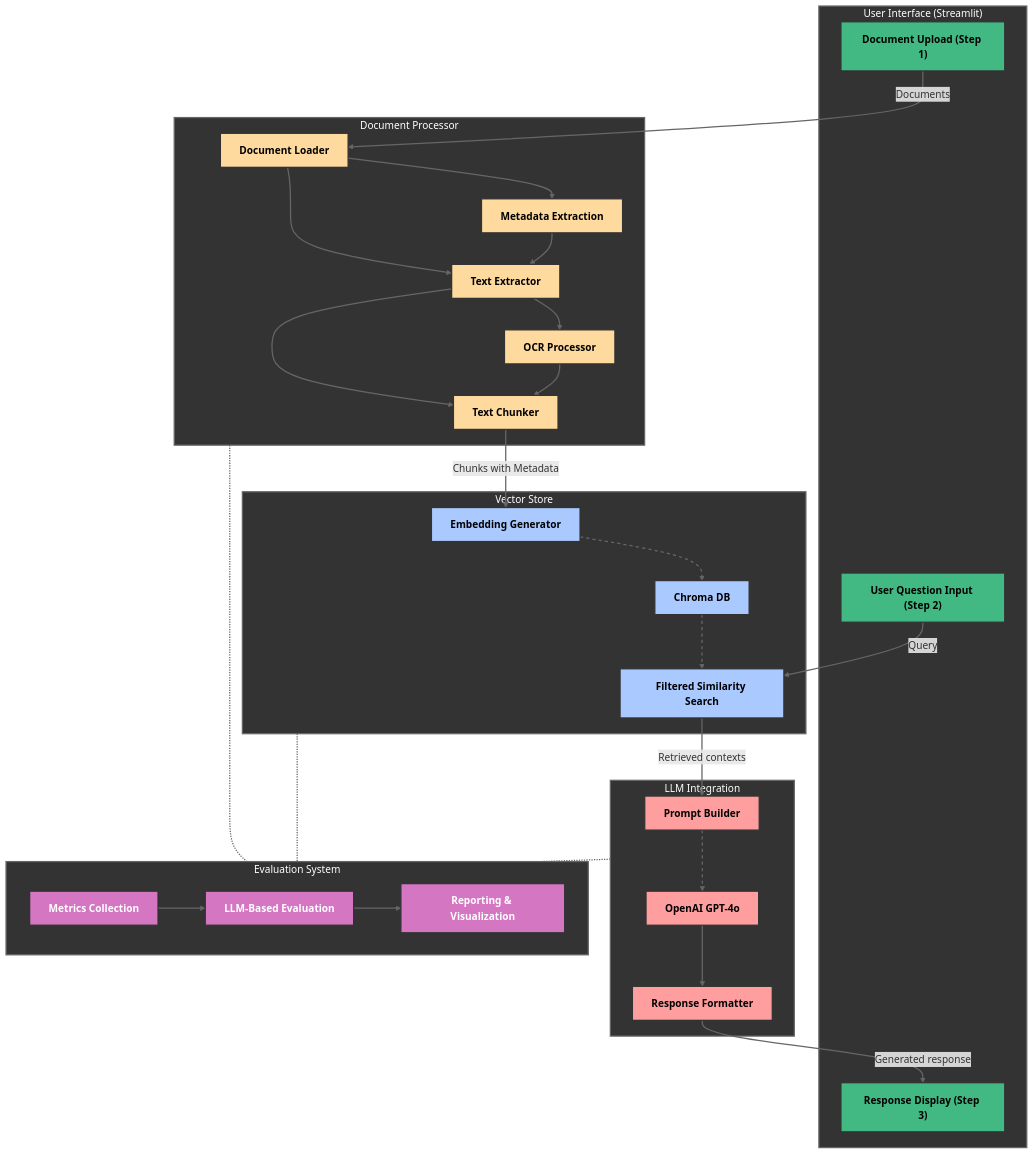
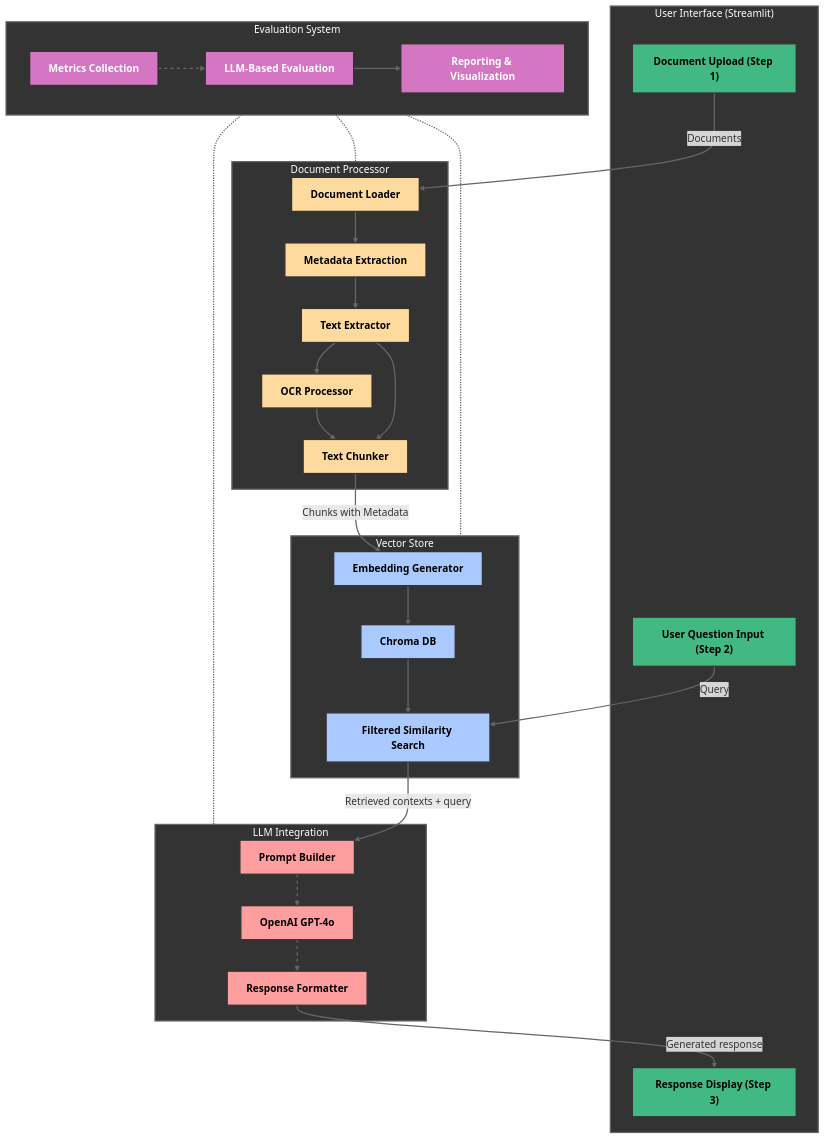
The diagram in README.md (mdwaquarahmad/fortune500-rag), drawn with Mermaid before and after one commit.

Commit message:
Documentation

````diff
--- a/README.md
+++ b/README.md
@@ -36,72 +36,73 @@
 ```mermaid
 flowchart TD
     %% User Interface Component
     subgraph UI["User Interface (Streamlit)"]
         style UI fill:#333333,stroke:#666666,stroke-width:2px,color:white
         A1["Document Upload (Step 1)"]
         A2["User Question Input (Step 2)"]
         A3["Response Display (Step 3)"]
     end
     
     %% Document Processor Component
     subgraph DP["Document Processor"]
         style DP fill:#333333,stroke:#666666,stroke-width:2px,color:white
-        B1["Document Loader"] --> B2["Text Extractor"]
+        B1["Document Loader"] --> B5["Metadata Extraction"]
+        B5 --> B2["Text Extractor"]
         B2 --> B3["OCR Processor"]
         B2 --> B4["Text Chunker"]
         B3 --> B4
-        B1 --> B5["Metadata Extraction"]
-        B5 --> B2
     end
     
     %% Vector Store Component
     subgraph VS["Vector Store"]
         style VS fill:#333333,stroke:#666666,stroke-width:2px,color:white
-        C1["Embedding Generator"] --> C2["Chroma DB"]
-        C2 --> C3["Filtered Similarity Search"]
+        C1["Embedding Generator"] ==> C2["Chroma DB"]
+        C2 ==> C3["Filtered Similarity Search"]
     end
     
     %% LLM Integration Component
     subgraph LLM["LLM Integration"]
         style LLM fill:#333333,stroke:#666666,stroke-width:2px,color:white
-        D1["Prompt Builder"] --> D2["OpenAI GPT-4o"]
+        D1["Prompt Builder"] ==> D2["OpenAI GPT-4o"]
         D2 --> D3["Response Formatter"]
     end
     
     %% Evaluation System Component
     subgraph EVAL["Evaluation System"]
         style EVAL fill:#333333,stroke:#666666,stroke-width:2px,color:white
         E1["Metrics Collection"] --> E2["LLM-Based Evaluation"]
         E2 --> E3["Reporting & Visualization"]
     end
     
     %% Main Data Flow Connections - Solid Lines
     A1 -- "Documents" --> B1
     B4 -- "Chunks with Metadata" --> C1
     A2 -- "Query" --> C3
-    C3 -- "Retrieved contexts" --> D1
+    C3 -- "Retrieved contexts + query" --> D1
     D3 -- "Generated response" --> A3
     
-    %% Evaluation System Connections - Dotted Lines (no arrows)
-    DP -.- EVAL
-    VS -.- EVAL
-    LLM -.- EVAL
+    %% Evaluation System Connection - Horizontal Line
+    EVAL -.- LLM
+    
+    %% Other evaluation connections
+    EVAL -.- DP
+    EVAL -.- VS
     
     %% Styling for specific components
     classDef uiComponents fill:#42b983,stroke:#333,stroke-width:2px,color:black,font-weight:bold
     classDef dpComponents fill:#ffda9e,stroke:#333,stroke-width:2px,color:black,font-weight:bold
     classDef vsComponents fill:#aac9ff,stroke:#333,stroke-width:2px,color:black,font-weight:bold
     classDef llmComponents fill:#ff9e9e,stroke:#333,stroke-width:2px,color:black,font-weight:bold
     classDef evalComponents fill:#d576c3,stroke:#333,stroke-width:2px,color:white,font-weight:bold
     
     %% Apply styles to components
     class A1,A2,A3 uiComponents
     class B1,B2,B3,B4,B5 dpComponents
     class C1,C2,C3 vsComponents
     class D1,D2,D3 llmComponents
     class E1,E2,E3 evalComponents
     
     %% Link styling
     linkStyle default stroke:#666,stroke-width:2px
-    linkStyle 6,7,8 stroke:#666,stroke-width:2px,stroke-dasharray:5 5
+    linkStyle 7,8,9 stroke:#666,stroke-width:2px,stroke-dasharray:5 5
 ```
````
